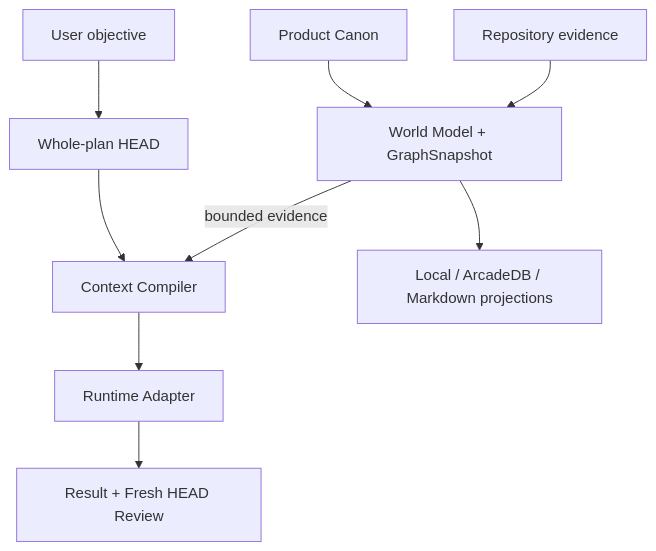
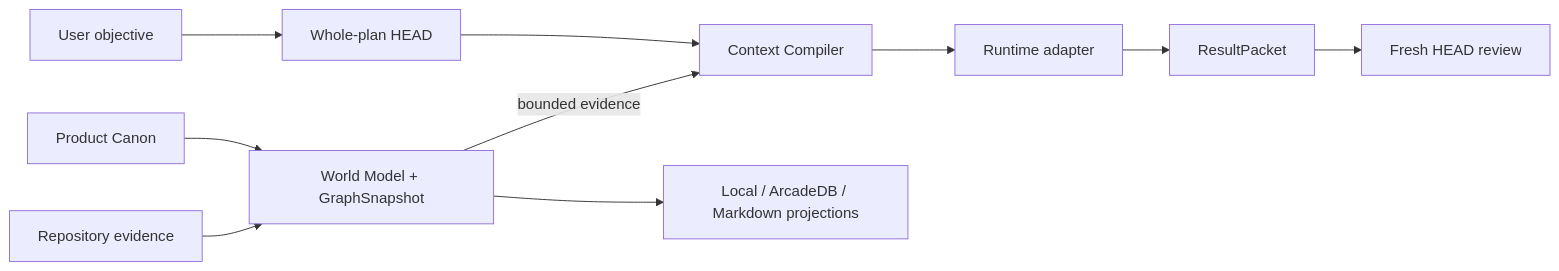
The first of 2 diagrams in README.md (binary1215/head-agent-plugin), drawn with Mermaid before and after one commit. The commit also changed other lines of this file and 2 other files, not shown here.

````diff
--- a/README.md
+++ b/README.md
@@ -198,11 +194,12 @@
 ```mermaid
-flowchart TB
+flowchart LR
     U[User objective] --> H[Whole-plan HEAD]
-    PC[Product Canon] --> GS[World Model + GraphSnapshot]
-    RE[Repository evidence] --> GS
+    PC[Product Canon] --> WM[World Model + GraphSnapshot]
+    RE[Repository evidence] --> WM
     H --> CC[Context Compiler]
-    GS -->|bounded evidence| CC
-    CC --> RA[Runtime Adapter]
-    RA --> FR[Result + Fresh HEAD Review]
-    GS --> P[Local / ArcadeDB / Markdown projections]
+    WM -->|bounded evidence| CC
+    CC --> RA[Runtime adapter]
+    RA --> RP[ResultPacket]
+    RP --> FR[Fresh HEAD review]
+    WM --> PX[Local / ArcadeDB / Markdown projections]
 ```
````
